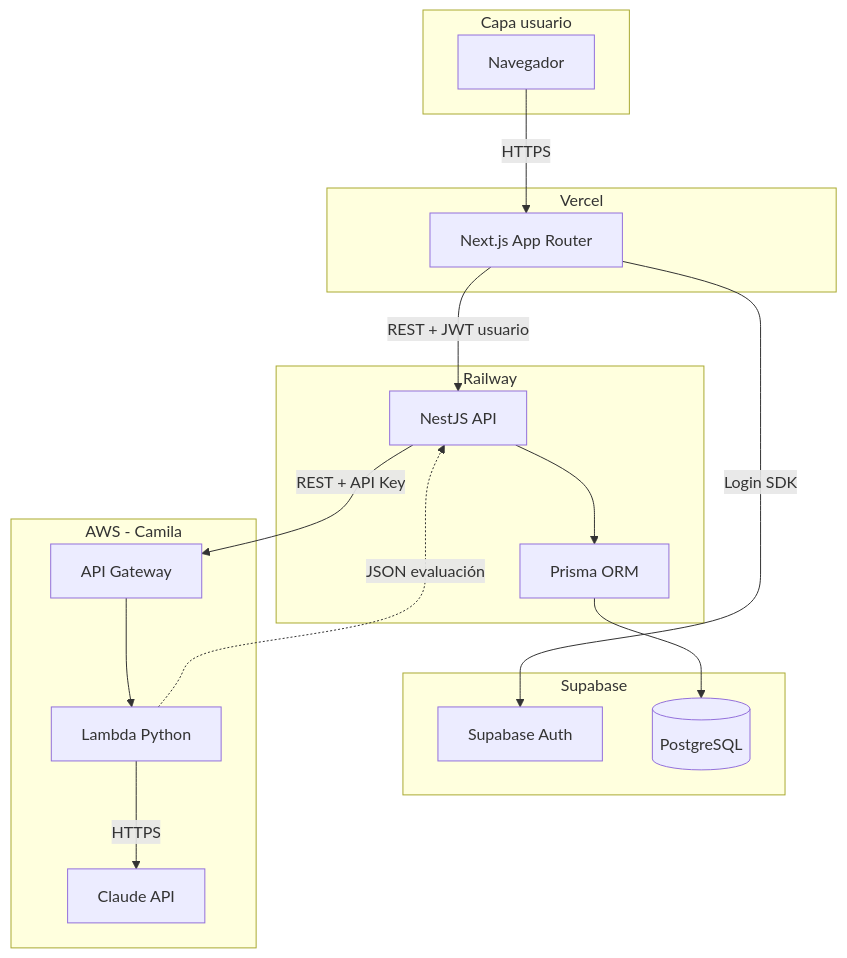
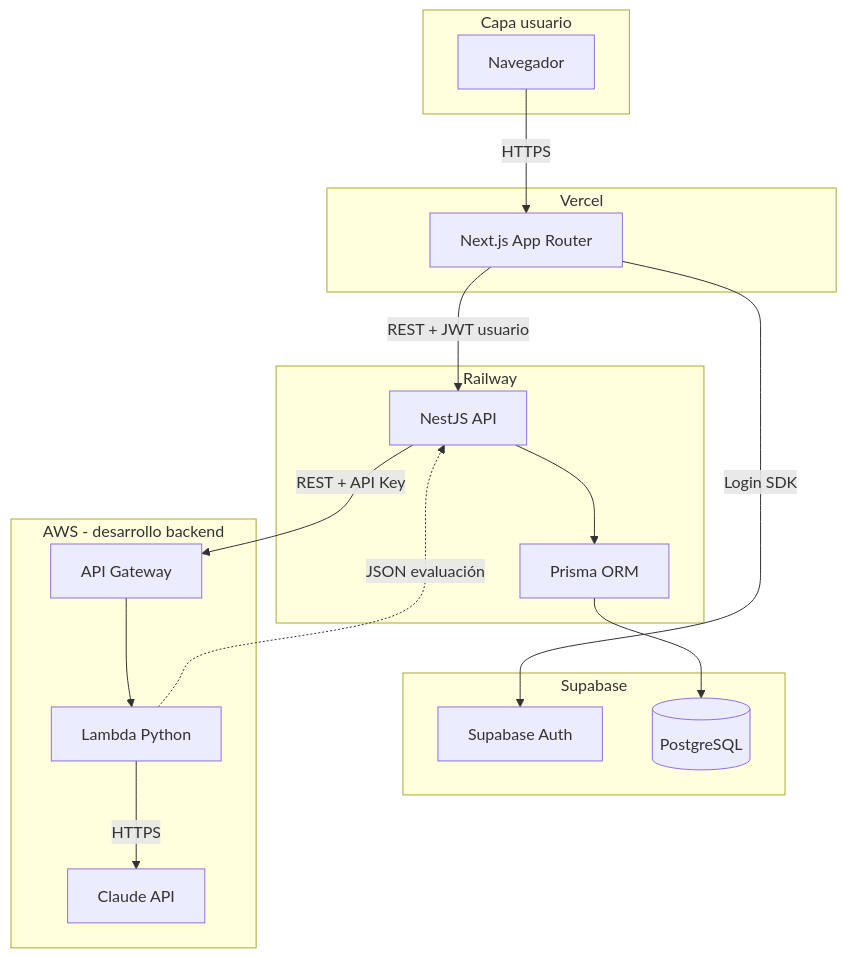
The first of 8 diagrams in docs/fase2-implementacion.md (Fernandodesign96/lc-inapi.app), drawn with Mermaid before and after one commit. The commit also changed other lines of this file and 99 other files, not shown here.

````diff
--- a/docs/fase2-implementacion.md
+++ b/docs/fase2-implementacion.md
@@ -63,36 +63,36 @@
 ```mermaid
 flowchart TB
   subgraph usuario [Capa usuario]
     Browser[Navegador]
   end
 
   subgraph vercel [Vercel]
     Next[Next.js App Router]
   end
 
   subgraph railway [Railway]
     Nest[NestJS API]
     Prisma[Prisma ORM]
   end
 
   subgraph supabase [Supabase]
     Auth[Supabase Auth]
     PG[(PostgreSQL)]
   end
 
-  subgraph aws [AWS - Camila]
+  subgraph aws [AWS - desarrollo backend]
     GW[API Gateway]
     Lambda[Lambda Python]
     Claude[Claude API]
   end
 
   Browser -->|HTTPS| Next
   Next -->|Login SDK| Auth
   Next -->|REST + JWT usuario| Nest
   Nest --> Prisma
   Prisma --> PG
   Nest -->|REST + API Key| GW
   GW --> Lambda
   Lambda -->|HTTPS| Claude
   Lambda -.->|JSON evaluación| Nest
 ```
````
